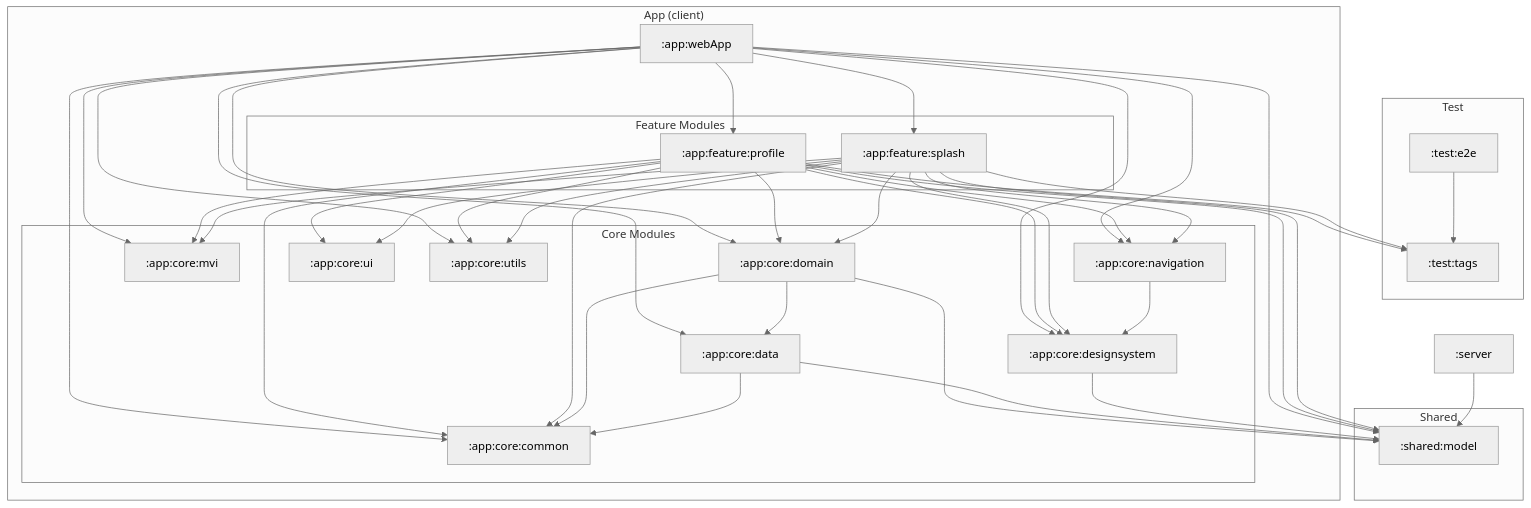
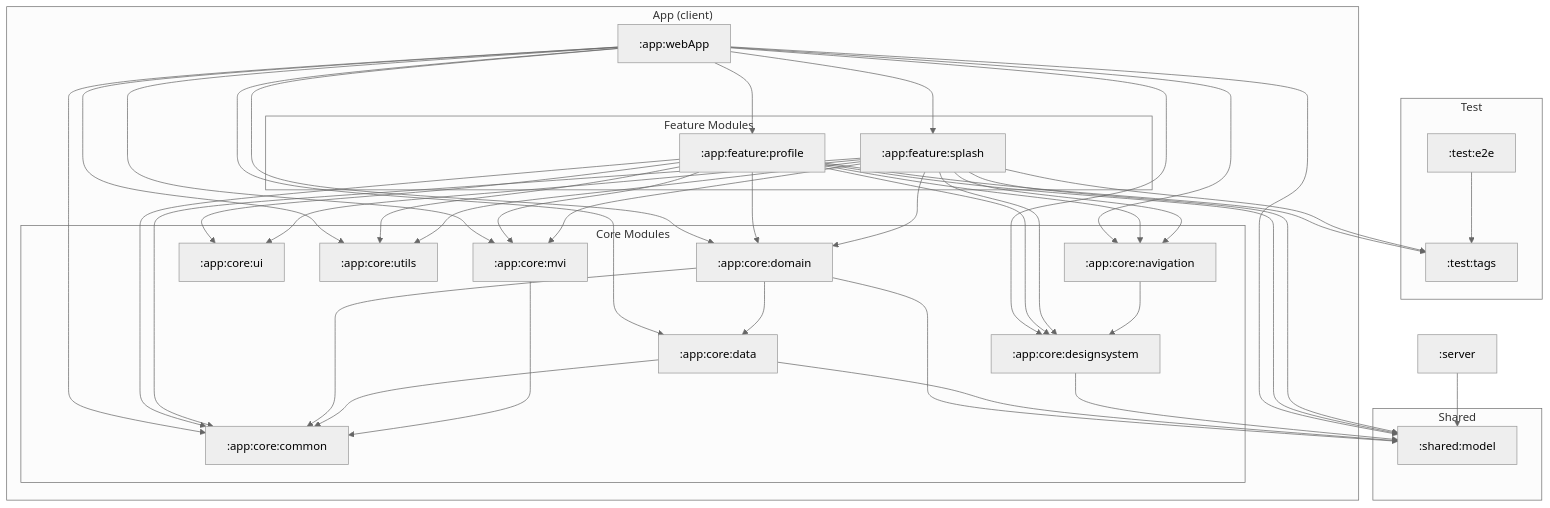
The diagram in docs/ModuleOverview.md (kei-1111/kei-1111.github.io), drawn with Mermaid (neutral theme) before and after one commit. The commit also changed 6 other files, not shown here.

````diff
--- a/docs/ModuleOverview.md
+++ b/docs/ModuleOverview.md
@@ -11,47 +11,48 @@
 ```mermaid
 flowchart TB
     subgraph "Shared"
         model[":shared:model"]
     end
 
     subgraph "Test"
         testTags[":test:tags"]
         testE2e[":test:e2e"]
     end
 
     server[":server"]
 
     subgraph "App (client)"
         webApp[":app:webApp"]
 
         subgraph "Feature Modules"
             profile[":app:feature:profile"]
             splash[":app:feature:splash"]
         end
 
         subgraph "Core Modules"
             domain[":app:core:domain"]
             data[":app:core:data"]
             designsystem[":app:core:designsystem"]
             mvi[":app:core:mvi"]
             navigation[":app:core:navigation"]
             ui[":app:core:ui"]
             common[":app:core:common"]
             utils[":app:core:utils"]
         end
     end
 
     webApp --> profile & splash
     webApp --> common & data & designsystem & domain & mvi & navigation & utils & model
 
     profile & splash --> common & designsystem & domain & mvi & navigation & ui & utils & model & testTags
 
     domain --> common & data & model
     data --> common & model
+    mvi --> common
     navigation --> designsystem
     designsystem --> model
 
     server --> model
 
     testE2e --> testTags
 ```
````
